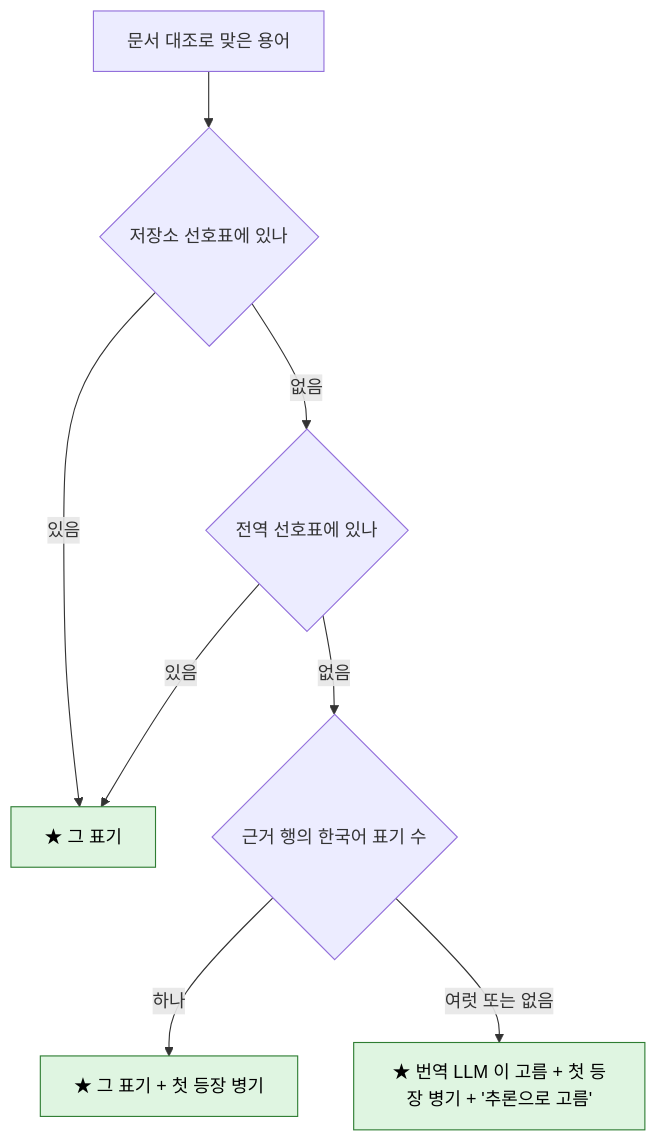
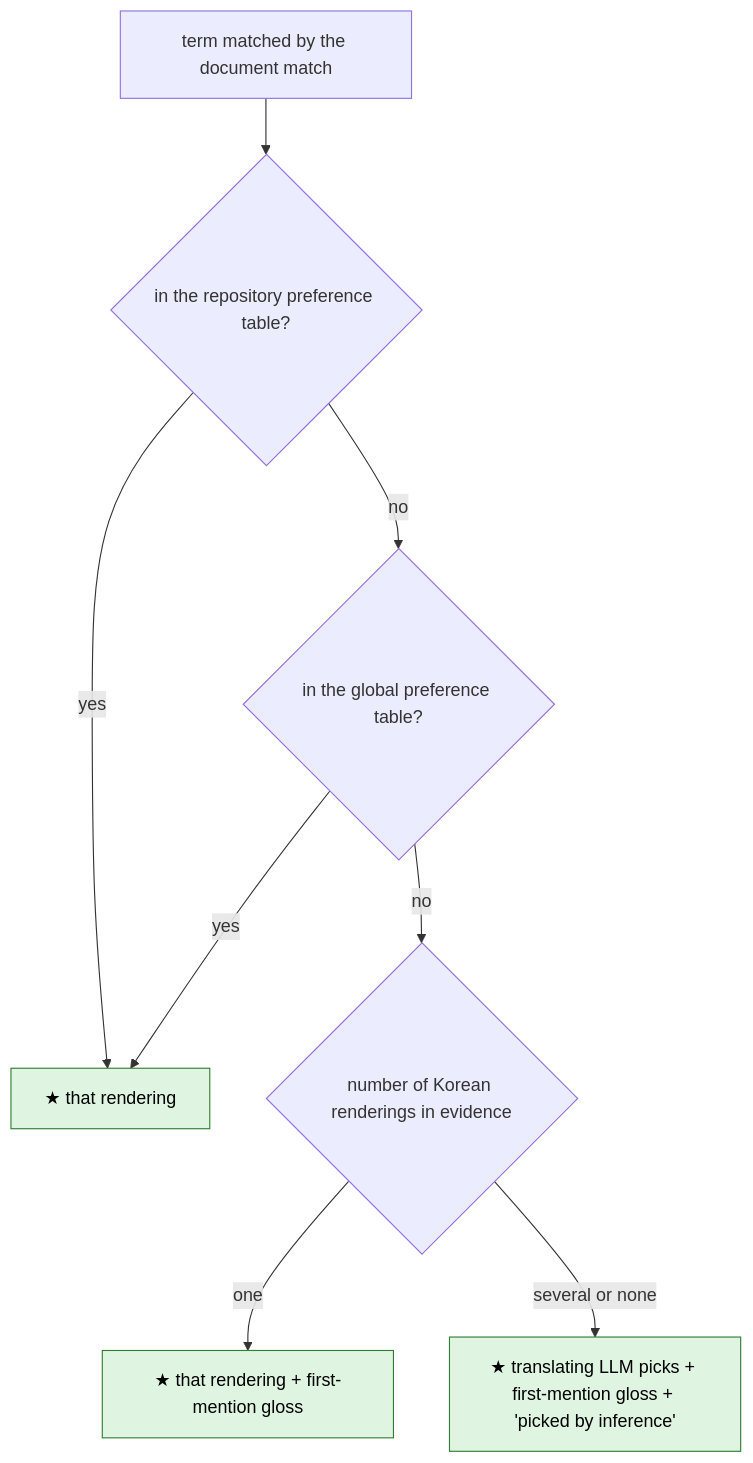
One commit to DogGuyMan/Agent-Report-Build-Pipeline changed the ninth of 9 diagrams in docs/superpowers/plans/2026-10-28-ko-dev-terms.md. Above: the diagram before and after it, drawn with Mermaid. The commit also changed other lines of this file and 1 other file, not shown here.

Commit message:
[docs] : plans - ko-dev-terms 계획을 영어 정본과 한국어 번역본 두 파일로

````diff
--- a/docs/superpowers/plans/2026-10-28-ko-dev-terms.md
+++ b/docs/superpowers/plans/2026-10-28-ko-dev-terms.md
@@ -358,12 +366,12 @@
 ```mermaid
 flowchart TD
-    T["문서 대조로 맞은 용어"] --> P1{"저장소 선호표에 있나"}
-    P1 -- 있음 --> U1["★ 그 표기"]
-    P1 -- 없음 --> P2{"전역 선호표에 있나"}
-    P2 -- 있음 --> U1
-    P2 -- 없음 --> C{"근거 행의 한국어 표기 수"}
-    C -- 하나 --> U2["★ 그 표기 + 첫 등장 병기"]
-    C -- 여럿 또는 없음 --> U3["★ 번역 LLM 이 고름 + 첫 등장 병기 + '추론으로 고름'"]
+    T["term matched by the document match"] --> P1{"in the repository preference table?"}
+    P1 -- yes --> U1["★ that rendering"]
+    P1 -- no --> P2{"in the global preference table?"}
+    P2 -- yes --> U1
+    P2 -- no --> C{"number of Korean renderings in evidence"}
+    C -- one --> U2["★ that rendering + first-mention gloss"]
+    C -- several or none --> U3["★ translating LLM picks + first-mention gloss + 'picked by inference'"]
     classDef new fill:#dff5e1,stroke:#2e7d32,color:#000
     class U1,U2,U3 new
 ```
````
